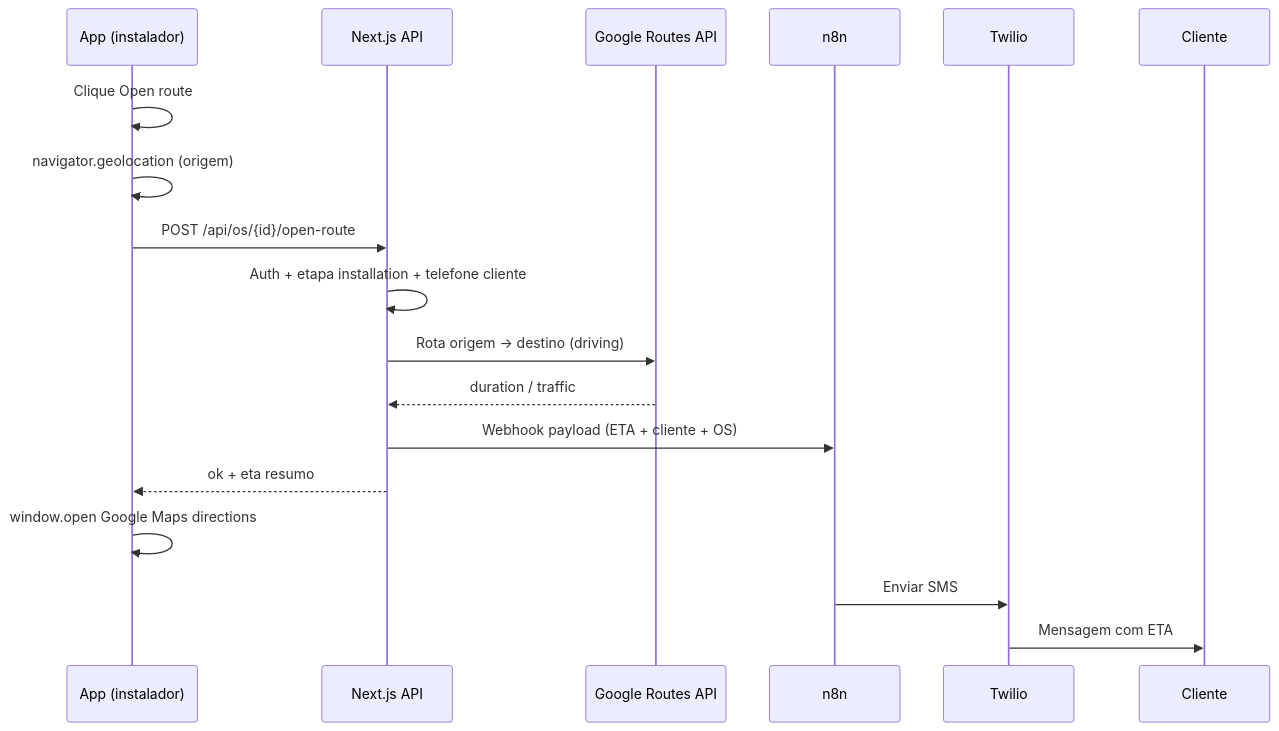
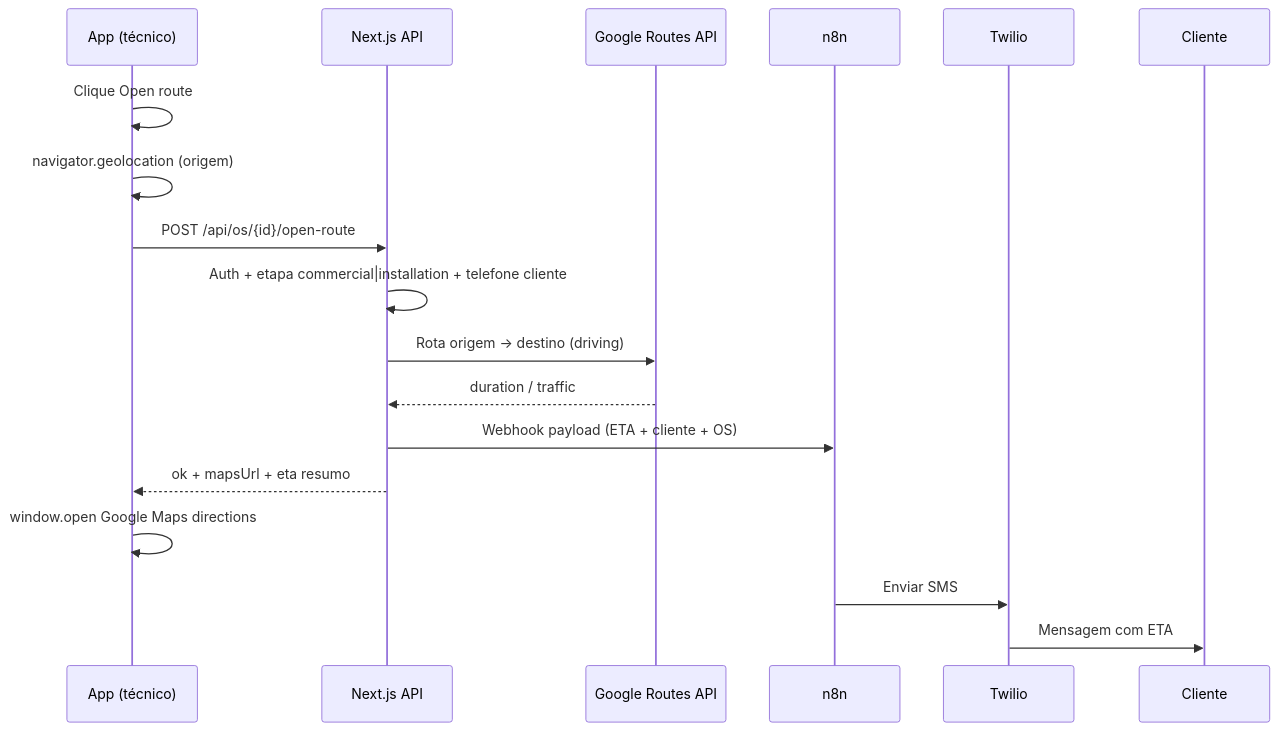
The diagram in docs/OPEN_ROUTE_ETA_SMS.md (ccshower/ccshower-app), drawn with Mermaid before and after one commit. The commit also changed other lines of this file and 1 other file, not shown here.

Commit message:
docs: Open Route SMS cliente em commercial e installation

````diff
--- a/docs/OPEN_ROUTE_ETA_SMS.md
+++ b/docs/OPEN_ROUTE_ETA_SMS.md
@@ -56,21 +58,21 @@
 ```mermaid
 sequenceDiagram
-  participant App as App (instalador)
+  participant App as App (técnico)
   participant API as Next.js API
   participant Google as Google Routes API
   participant N8N as n8n
   participant Twilio as Twilio
   participant Cliente as Cliente
 
   App->>App: Clique Open route
   App->>App: navigator.geolocation (origem)
   App->>API: POST /api/os/{id}/open-route
-  API->>API: Auth + etapa installation + telefone cliente
+  API->>API: Auth + etapa commercial|installation + telefone cliente
   API->>Google: Rota origem → destino (driving)
   Google-->>API: duration / traffic
   API->>N8N: Webhook payload (ETA + cliente + OS)
-  API-->>App: ok + eta resumo
+  API-->>App: ok + mapsUrl + eta resumo
   App->>App: window.open Google Maps directions
   N8N->>Twilio: Enviar SMS
   Twilio->>Cliente: Mensagem com ETA
 ```
````
